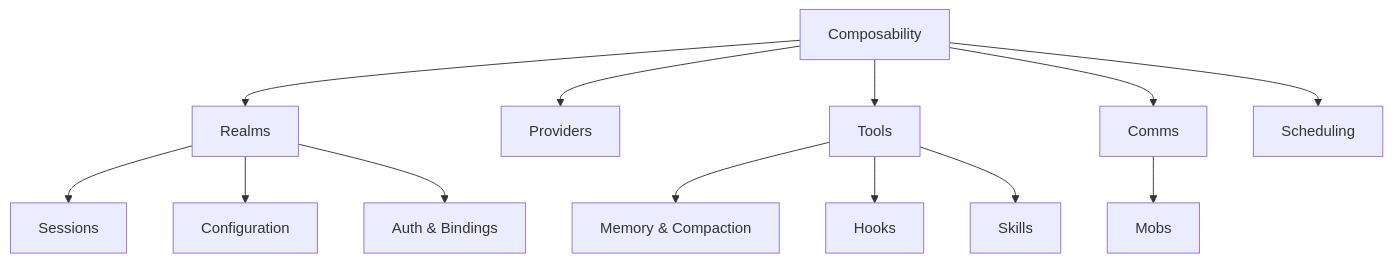
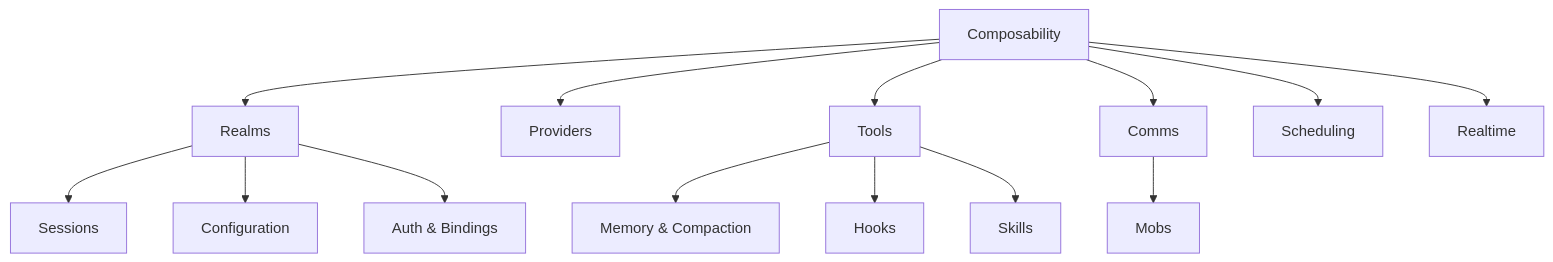
Before and after one commit to lukacf/meerkat: the diagram in docs/concepts/overview.mdx, drawn with Mermaid. The commit also changed other lines of this file and 191 other files, not shown here.

````diff
--- a/docs/concepts/overview.mdx
+++ b/docs/concepts/overview.mdx
@@ -19,15 +19,16 @@
 ```mermaid
 flowchart TD
     C["Composability"] --> R["Realms"]
     R --> S["Sessions"]
     R --> CFG["Configuration"]
     C --> P["Providers"]
     C --> T["Tools"]
     T --> M["Memory & Compaction"]
     T --> H["Hooks"]
     T --> SK["Skills"]
     C --> CB["Comms"]
     CB --> MB["Mobs"]
     C --> SCH["Scheduling"]
+    C --> RT["Realtime"]
     R --> AB["Auth & Bindings"]
 ```
````
